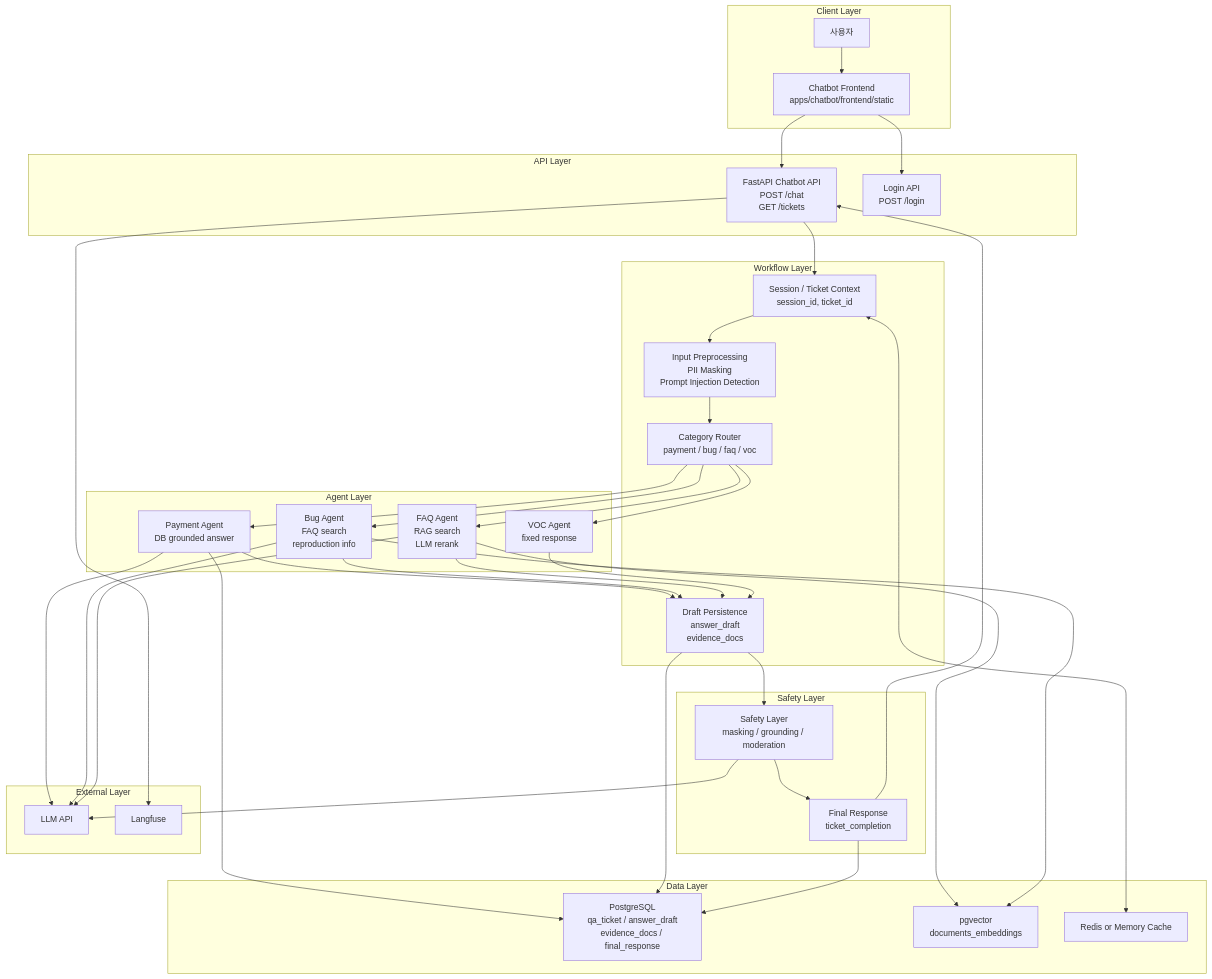
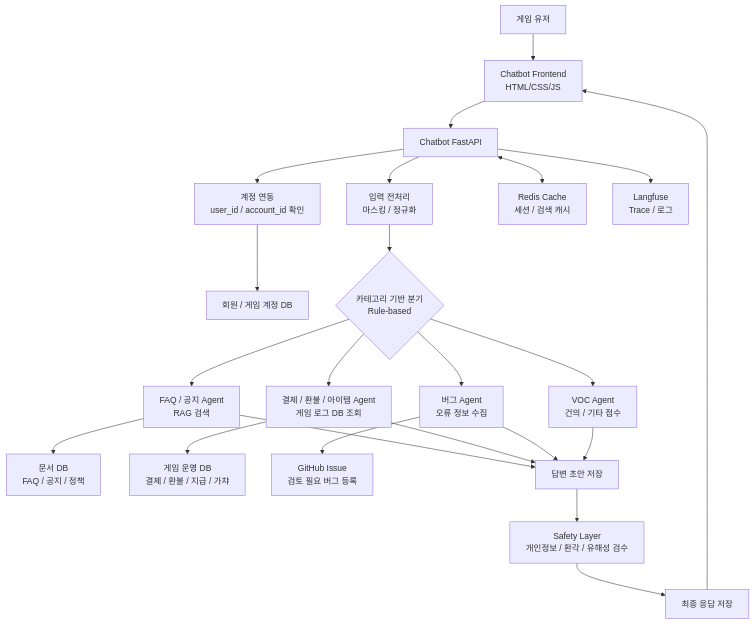
Before and after one commit to SKNETWORKS-FAMILY-AICAMP/SKN25-FINAL-6Team: the first of 3 diagrams in README.md, drawn with Mermaid. The commit also changed other lines of this file, not shown here.

````diff
--- a/README.md
+++ b/README.md
@@ -237,73 +236,33 @@
 ```mermaid
-flowchart TB
-    subgraph Client["Client Layer"]
-        User["사용자"]
-        ChatUI["Chatbot Frontend<br/>apps/chatbot/frontend/static"]
-    end
+flowchart TD
+    User["게임 유저"] --> UI["Chatbot Frontend<br/>HTML/CSS/JS"]
 
-    subgraph API["API Layer"]
-        ChatAPI["FastAPI Chatbot API<br/>POST /chat<br/>GET /tickets"]
-        LoginAPI["Login API<br/>POST /login"]
-    end
+    UI --> API["Chatbot FastAPI"]
 
-    subgraph Workflow["Workflow Layer"]
-        Session["Session / Ticket Context<br/>session_id, ticket_id"]
-        Preprocess["Input Preprocessing<br/>PII Masking<br/>Prompt Injection Detection"]
-        Router["Category Router<br/>payment / bug / faq / voc"]
-        Persistence["Draft Persistence<br/>answer_draft<br/>evidence_docs"]
-    end
+    API --> Login["계정 연동<br/>user_id / account_id 확인"]
+    Login --> DBAccount["회원 / 게임 계정 DB"]
 
-    subgraph Agent["Agent Layer"]
-        Payment["Payment Agent<br/>DB grounded answer"]
-        Bug["Bug Agent<br/>FAQ search<br/>reproduction info"]
-        FAQ["FAQ Agent<br/>RAG search<br/>LLM rerank"]
-        VOC["VOC Agent<br/>fixed response"]
-    end
+    API --> Preprocess["입력 전처리<br/>마스킹 / 정규화"]
+    Preprocess --> Dispatch{"카테고리 기반 분기<br/>Rule-based"}
 
-    subgraph Safety["Safety Layer"]
-        SafetyLayer["Safety Layer<br/>masking / grounding / moderation"]
-        Complete["Final Response<br/>ticket_completion"]
-    end
+    Dispatch --> FAQ["FAQ / 공지 Agent<br/>RAG 검색"]
+    Dispatch --> Payment["결제 / 환불 / 아이템 Agent<br/>게임 로그 DB 조회"]
+    Dispatch --> Bug["버그 Agent<br/>오류 정보 수집"]
+    Dispatch --> VOC["VOC Agent<br/>건의 / 기타 접수"]
 
-    subgraph Data["Data Layer"]
-        DB["PostgreSQL<br/>qa_ticket / answer_draft<br/>evidence_docs / final_response"]
-        Vector["pgvector<br/>documents_embeddings"]
-        Cache["Redis or Memory Cache"]
-    end
+    FAQ --> Docs["문서 DB<br/>FAQ / 공지 / 정책"]
+    Payment --> GameLogs["게임 운영 DB<br/>결제 / 환불 / 지급 / 가챠"]
+    Bug --> Github["GitHub Issue<br/>검토 필요 버그 등록"]
 
-    subgraph External["External Layer"]
-        LLM["LLM API"]
-        Langfuse["Langfuse"]
-    end
+    FAQ --> Draft["답변 초안 저장"]
+    Payment --> Draft
+    Bug --> Draft
+    VOC --> Draft
 
-    User --> ChatUI
-    ChatUI --> LoginAPI
-    ChatUI --> ChatAPI
-    ChatAPI --> Session
-    Session --> Preprocess
-    Preprocess --> Router
-    Router --> Payment
-    Router --> Bug
-    Router --> FAQ
-    Router --> VOC
-    Payment --> Persistence
-    Bug --> Persistence
-    FAQ --> Persistence
-    VOC --> Persistence
-    Persistence --> SafetyLayer
-    SafetyLayer --> Complete
-    Complete --> ChatAPI
+    Draft --> Safety["Safety Layer<br/>개인정보 / 환각 / 유해성 검수"]
+    Safety --> Final["최종 응답 저장"]
+    Final --> UI
 
-    Session <--> Cache
-    Payment --> DB
-    FAQ --> Vector
-    Bug --> Vector
-    Persistence --> DB
-    Complete --> DB
-
-    Payment --> LLM
-    Bug --> LLM
-    FAQ --> LLM
-    SafetyLayer --> LLM
-    ChatAPI --> Langfuse
+    API <--> Redis["Redis Cache<br/>세션 / 검색 캐시"]
+    API --> Obs["Langfuse<br/>Trace / 로그"]
 ```
````
